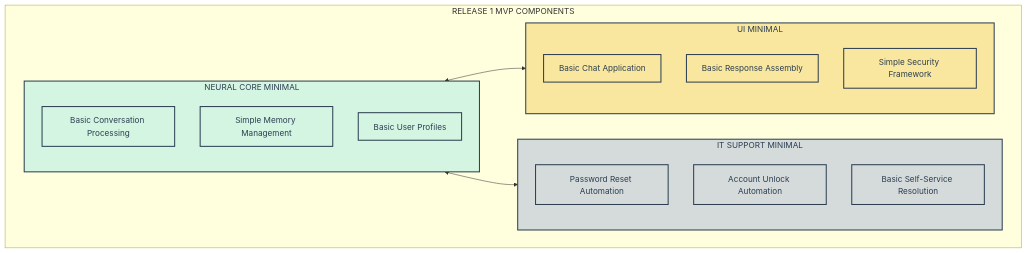
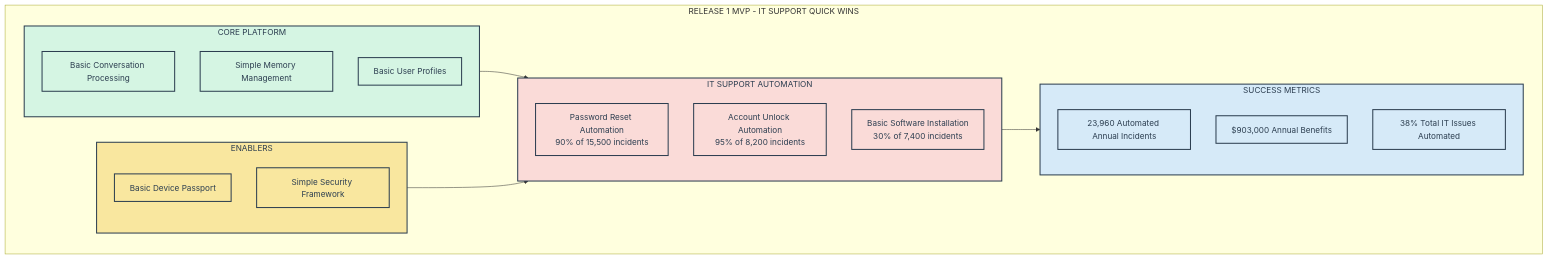
One commit to ME-ai-agents/docs_prod changed diagram 55 of 56 in ME.AI_FDD_v14.md. Above: the diagram before and after it, drawn with Mermaid. The commit also changed other lines of this file, not shown here.

````diff
--- a/ME.AI_FDD_v14.md
+++ b/ME.AI_FDD_v14.md
@@ -3611,33 +3891,41 @@
 ```mermaid
 flowchart TD
-    subgraph MVP["RELEASE 1 MVP COMPONENTS"]
-        subgraph CoreMVP["NEURAL CORE MINIMAL"]
+    subgraph MVP["RELEASE 1 MVP - IT SUPPORT QUICK WINS"]
+        subgraph CoreMVP["CORE PLATFORM"]
             BCP[Basic Conversation Processing]
             SMM[Simple Memory Management]
             BUP[Basic User Profiles]
         end
         
-        subgraph ITMVP["IT SUPPORT MINIMAL"]
-            PRA[Password Reset Automation]
-            AUA[Account Unlock Automation]
-            BSR[Basic Self-Service Resolution]
+        subgraph ITMVP["IT SUPPORT AUTOMATION"]
+            PRA[Password Reset Automation\n90% of 15,500 incidents]
+            AUA[Account Unlock Automation\n95% of 8,200 incidents]
+            BSI[Basic Software Installation\n30% of 7,400 incidents]
         end
         
-        subgraph UIMVP["UI MINIMAL"]
-            BCA[Basic Chat Application]
-            BRA[Basic Response Assembly]
+        subgraph EMV["ENABLERS"]
+            BDP[Basic Device Passport]
             SSF[Simple Security Framework]
         end
+        
+        subgraph KPI["SUCCESS METRICS"]
+            KPI1[23,960 Automated Annual Incidents]
+            KPI2[$903,000 Annual Benefits]
+            KPI3[38% Total IT Issues Automated]
+        end
+        
+        CoreMVP --> ITMVP
+        EMV --> ITMVP
+        ITMVP --> KPI
     end
     
-    CoreMVP <--> ITMVP
-    CoreMVP <--> UIMVP
-    
     classDef core fill:#D5F5E3,stroke:#2C3E50,stroke-width:2px,color:#2C3E50
-    classDef it fill:#D5DBDB,stroke:#2C3E50,stroke-width:2px,color:#2C3E50
-    classDef ui fill:#F9E79F,stroke:#2C3E50,stroke-width:2px,color:#2C3E50
+    classDef it fill:#FADBD8,stroke:#2C3E50,stroke-width:2px,color:#2C3E50
+    classDef enablers fill:#F9E79F,stroke:#2C3E50,stroke-width:2px,color:#2C3E50
+    classDef metrics fill:#D6EAF8,stroke:#2C3E50,stroke-width:2px,color:#2C3E50
     
     class CoreMVP,BCP,SMM,BUP core
-    class ITMVP,PRA,AUA,BSR it
-    class UIMVP,BCA,BRA,SSF ui
+    class ITMVP,PRA,AUA,BSI it
+    class EMV,BDP,SSF enablers
+    class KPI,KPI1,KPI2,KPI3 metrics
 ```
````
